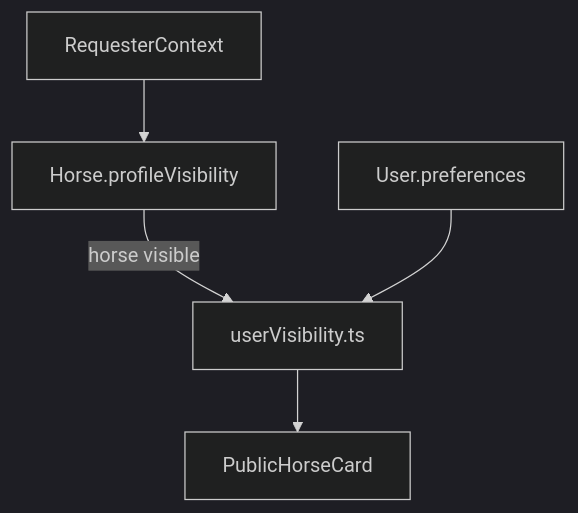
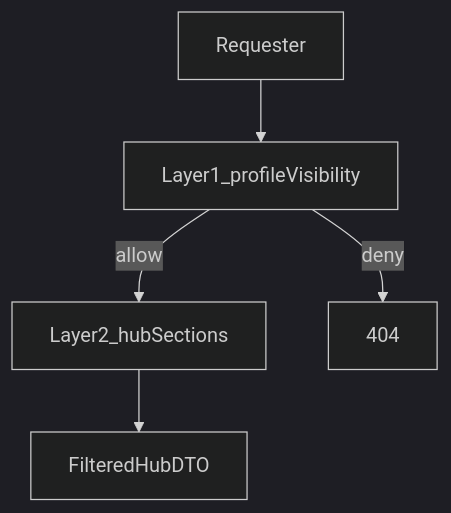
The diagram in equus/documentation/horses.md (jpsm83/horse), drawn with Mermaid (dark theme) before and after one commit. The commit also changed other lines of this file and 131 other files, not shown here.

Commit message:
ready for horse hub

````diff
--- a/equus/documentation/horses.md
+++ b/equus/documentation/horses.md
@@ -39,13 +45,12 @@
 ```mermaid
 flowchart TB
-  requester[RequesterContext]
-  horseRules[Horse.profileVisibility]
-  userPrefs[User.preferences]
-  privacyPolicy[userVisibility.ts]
-  publicCard[PublicHorseCard]
+  req[Requester]
+  L1[Layer1_profileVisibility]
+  L2[Layer2_hubSections]
+  hub[FilteredHubDTO]
 
-  requester --> horseRules
-  horseRules -->|"horse visible"| privacyPolicy
-  userPrefs --> privacyPolicy
-  privacyPolicy --> publicCard
+  req --> L1
+  L1 -->|"deny"| blocked[404]
+  L1 -->|"allow"| L2
+  L2 --> hub
 ```
````
